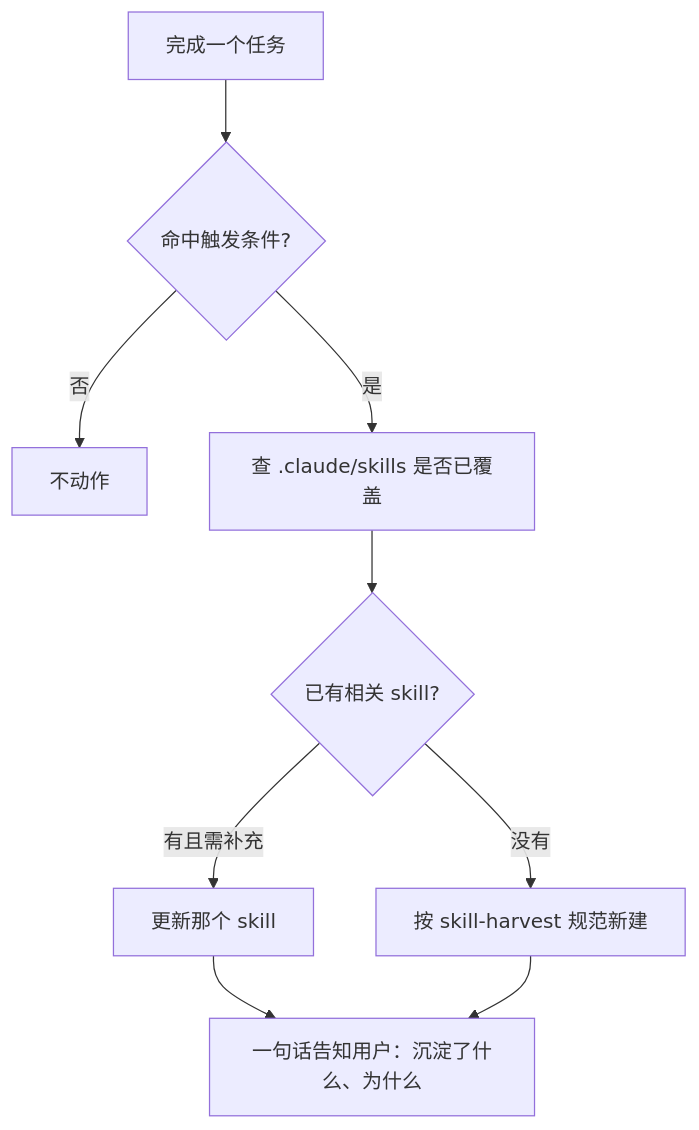
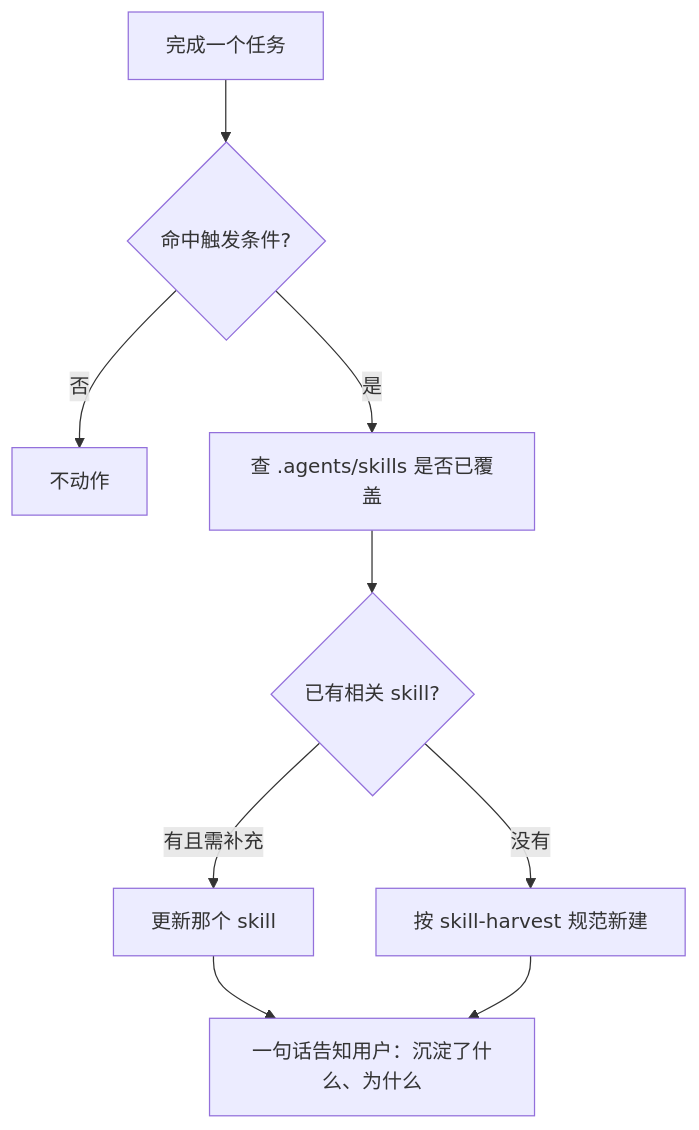
The diagram in CLAUDE.md (Canace22/md-render), drawn with Mermaid before and after one commit. The commit also changed other lines of this file and 12 other files, not shown here.

````diff
--- a/CLAUDE.md
+++ b/CLAUDE.md
@@ -57,11 +57,11 @@
 ```mermaid
 flowchart TD
     A["完成一个任务"] --> B{命中触发条件?}
     B -->|否| Z["不动作"]
-    B -->|是| C["查 .claude/skills 是否已覆盖"]
+    B -->|是| C["查 .agents/skills 是否已覆盖"]
     C --> D{已有相关 skill?}
     D -->|有且需补充| E["更新那个 skill"]
     D -->|没有| F["按 skill-harvest 规范新建"]
     E --> G["一句话告知用户：沉淀了什么、为什么"]
     F --> G
 ```
````
